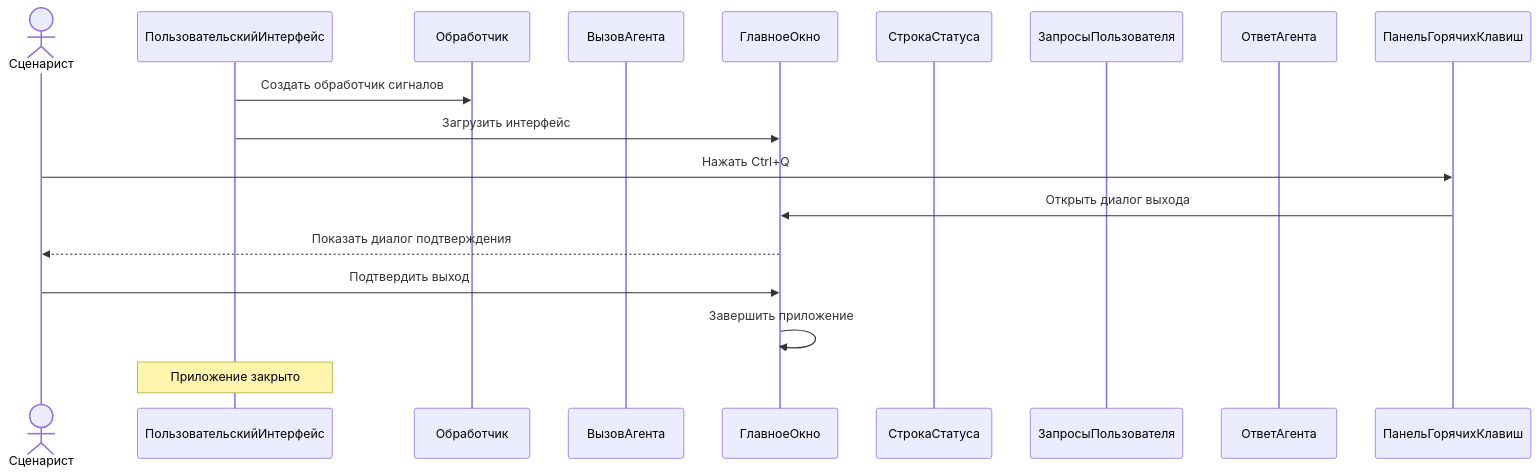
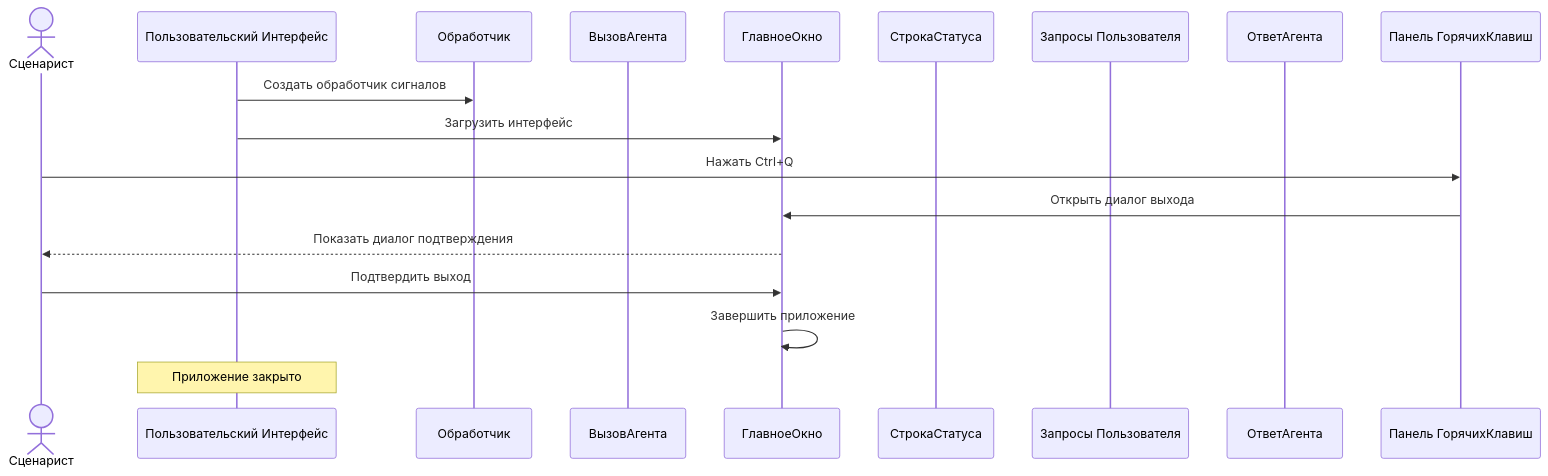
One commit to CHSU-scenarAIst/diagrammy changed the third of 3 diagrams in Пакет Интерфейс пользователя/2. Диаграмма последовательностей взаимодействия объектов классов пакета.md. Above: the diagram before and after it, drawn with Mermaid. The commit also changed other lines of this file and 8 other files, not shown here.

````diff
--- a/Пакет Интерфейс пользователя/2. Диаграмма последовательностей взаимодействия объектов классов пакета.md
+++ b/Пакет Интерфейс пользователя/2. Диаграмма последовательностей взаимодействия объектов классов пакета.md
@@ -84,21 +85,21 @@
 ```mermaid
 sequenceDiagram
     actor Сценарист
-    participant ПользовательскийИнтерфейс
+    participant Пользовательский Интерфейс
     participant Обработчик
     participant ВызовАгента
     participant ГлавноеОкно
     participant СтрокаСтатуса
-    participant ЗапросыПользователя
+    participant Запросы Пользователя
     participant ОтветАгента
-    participant ПанельГорячихКлавиш
+    participant Панель ГорячихКлавиш
 
-    ПользовательскийИнтерфейс->>Обработчик: Создать обработчик сигналов
-    ПользовательскийИнтерфейс->>ГлавноеОкно: Загрузить интерфейс
-    Сценарист->>ПанельГорячихКлавиш: Нажать Ctrl+Q
-    ПанельГорячихКлавиш->>ГлавноеОкно: Открыть диалог выхода
+    Пользовательский Интерфейс->>Обработчик: Создать обработчик сигналов
+    Пользовательский Интерфейс->>ГлавноеОкно: Загрузить интерфейс
+    Сценарист->>Панель ГорячихКлавиш: Нажать Ctrl+Q
+    Панель ГорячихКлавиш->>ГлавноеОкно: Открыть диалог выхода
     ГлавноеОкно-->>Сценарист: Показать диалог подтверждения
     Сценарист->>ГлавноеОкно: Подтвердить выход
     ГлавноеОкно->>ГлавноеОкно: Завершить приложение
-    Note over ПользовательскийИнтерфейс: Приложение закрыто
+    Note over Пользовательский Интерфейс: Приложение закрыто
 ```
````
